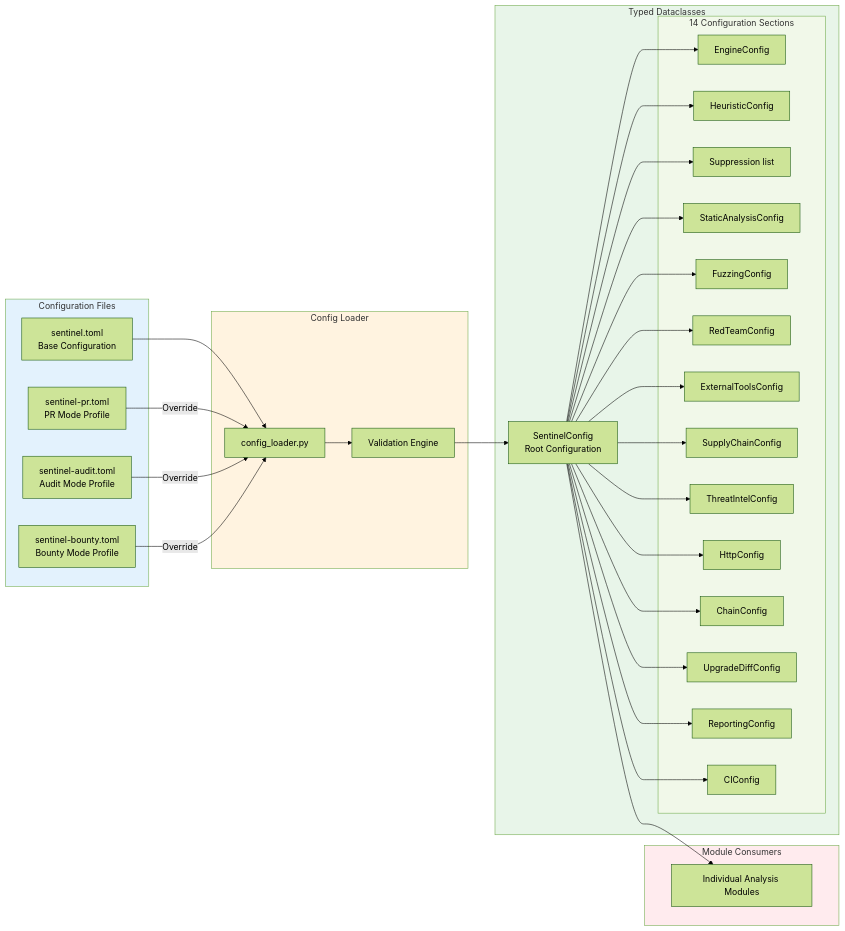
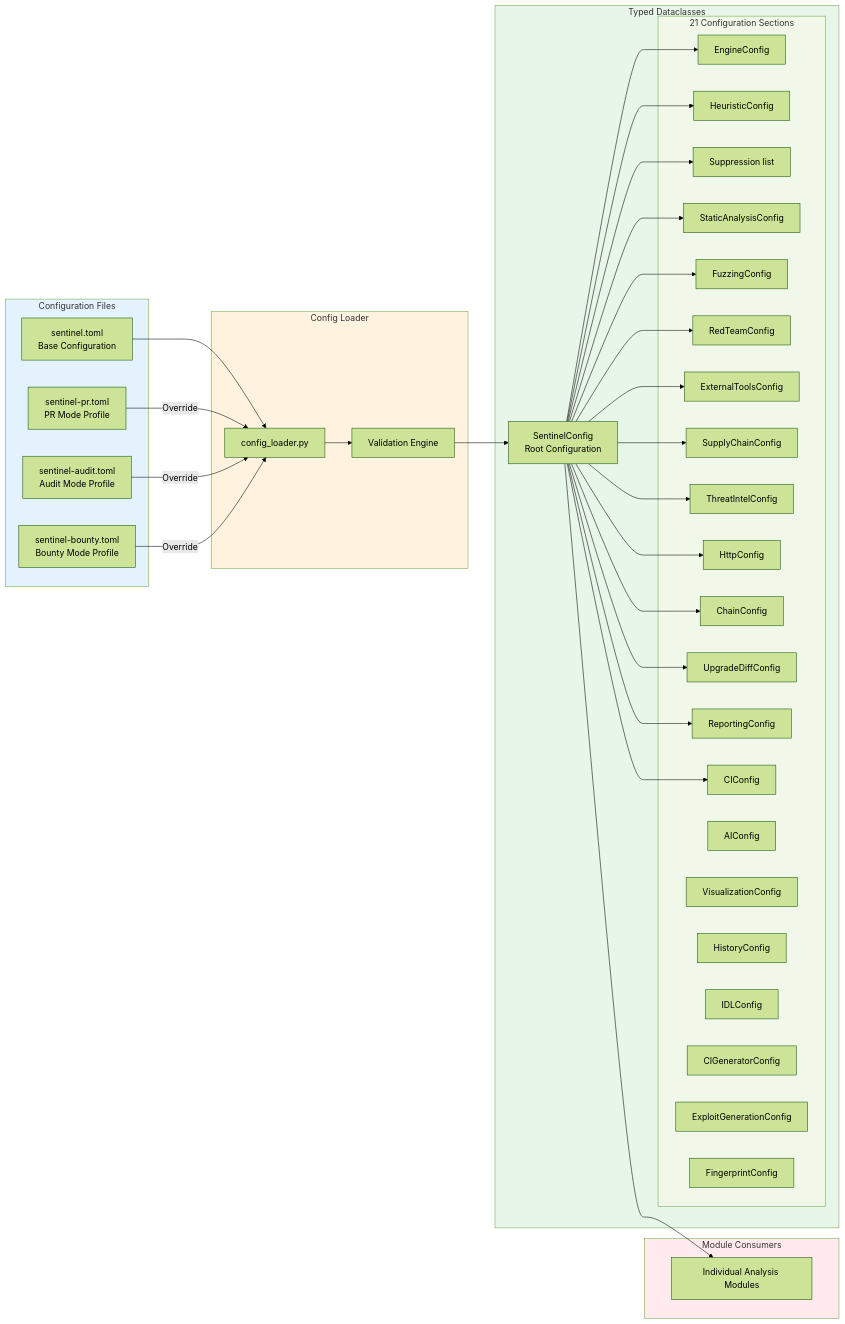
The fifth of 13 diagrams in ARCHITECTURE.md (RunTimeAdmin/counterscarp), drawn with Mermaid (forest theme) before and after one commit. The commit also changed other lines of this file and 27 other files, not shown here.

````diff
--- a/ARCHITECTURE.md
+++ b/ARCHITECTURE.md
@@ -411,70 +510,77 @@
 ```mermaid
 flowchart LR
     subgraph ConfigFiles["Configuration Files"]
         BASE["sentinel.toml<br/>Base Configuration"]
         PR["sentinel-pr.toml<br/>PR Mode Profile"]
         AUDIT["sentinel-audit.toml<br/>Audit Mode Profile"]
         BOUNTY["sentinel-bounty.toml<br/>Bounty Mode Profile"]
     end
 
     subgraph Loader["Config Loader"]
         LOADER["config_loader.py"]
         VALIDATE["Validation Engine"]
     end
 
     subgraph DataClasses["Typed Dataclasses"]
         ROOT["SentinelConfig<br/>Root Configuration"]
 
-        subgraph Sections["14 Configuration Sections"]
+        subgraph Sections["21 Configuration Sections"]
             ENGINE["EngineConfig"]
             HEUR["HeuristicConfig"]
             SUPP["Suppression list"]
             STATIC["StaticAnalysisConfig"]
             FUZZ["FuzzingConfig"]
             RED["RedTeamConfig"]
             EXT["ExternalToolsConfig"]
             SC["SupplyChainConfig"]
             TI["ThreatIntelConfig"]
             HTTP["HttpConfig"]
             CHAIN["ChainConfig"]
             UPGRADE["UpgradeDiffConfig"]
             REP["ReportingConfig"]
             CI["CIConfig"]
+            AI["AIConfig"]
+            VIZ["VisualizationConfig"]
+            HIST["HistoryConfig"]
+            IDL["IDLConfig"]
+            CIGEN["CIGeneratorConfig"]
+            EXP["ExploitGenerationConfig"]
+            FP["FingerprintConfig"]
         end
     end
 
     subgraph Consumers["Module Consumers"]
         MODULES["Individual Analysis Modules"]
     end
 
     BASE --> LOADER
     PR -->|"Override"| LOADER
     AUDIT -->|"Override"| LOADER
     BOUNTY -->|"Override"| LOADER
 
     LOADER --> VALIDATE
     VALIDATE --> ROOT
 
     ROOT --> ENGINE
     ROOT --> HEUR
     ROOT --> SUPP
     ROOT --> STATIC
     ROOT --> FUZZ
     ROOT --> RED
     ROOT --> EXT
     ROOT --> SC
     ROOT --> TI
     ROOT --> HTTP
     ROOT --> CHAIN
     ROOT --> UPGRADE
     ROOT --> REP
     ROOT --> CI
 
     ROOT --> MODULES
 
     style ConfigFiles fill:#e3f2fd
     style Loader fill:#fff3e0
     style DataClasses fill:#e8f5e9
     style Sections fill:#f1f8e9
     style Consumers fill:#ffebee
 ```
````
